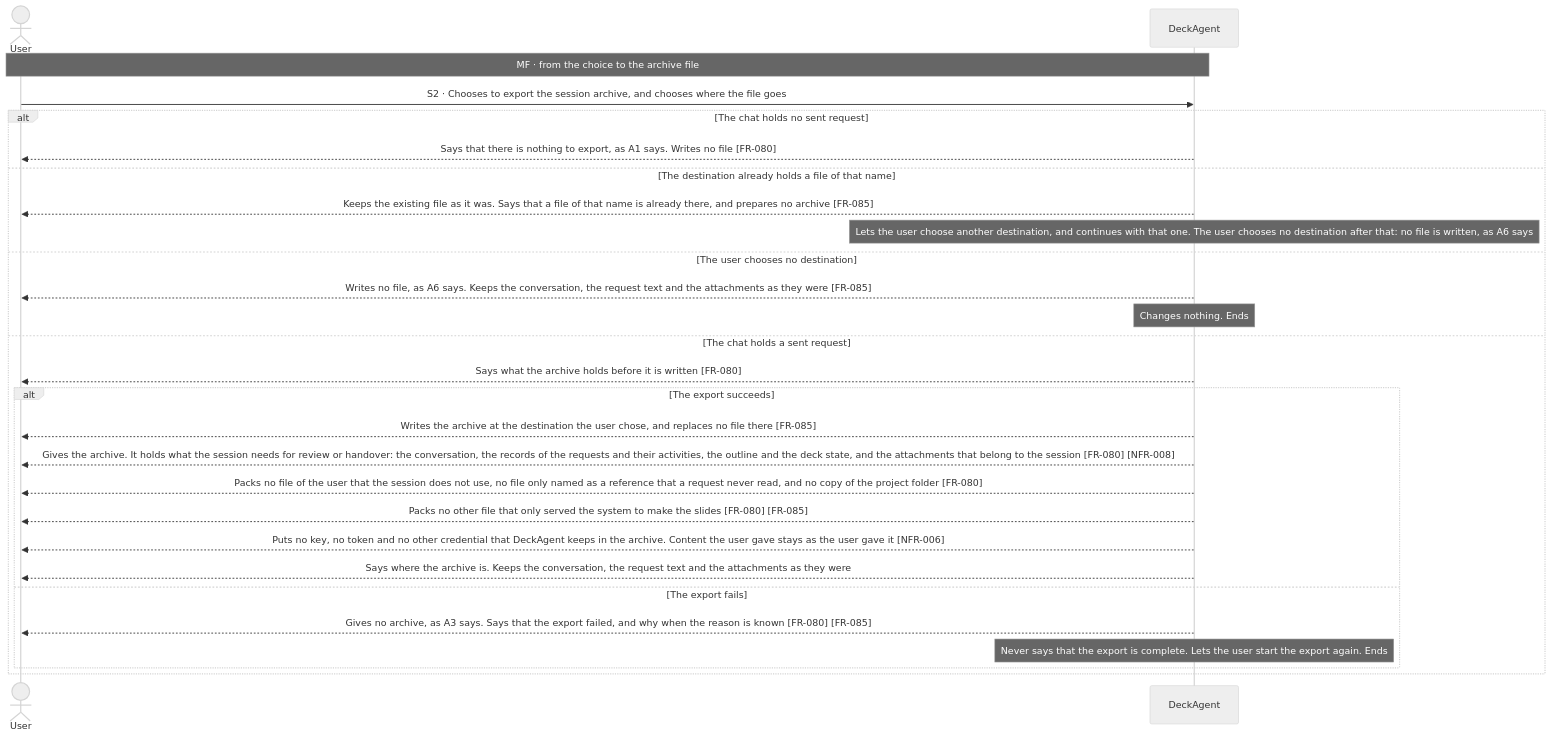
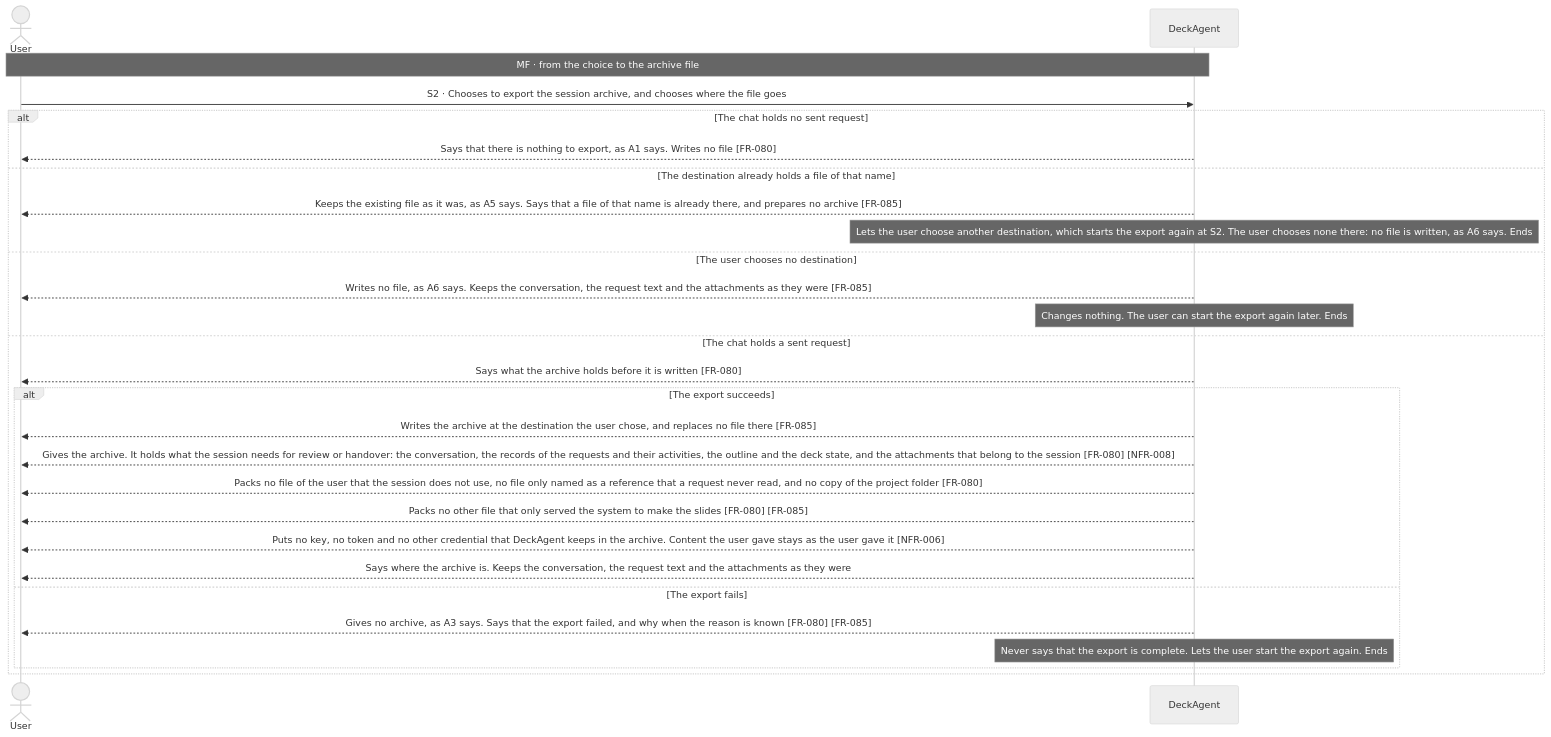
Before and after one commit to Luke23127006/DeckAgent: the second of 2 diagrams in docs/spec/03-use-cases/UC-016.md, drawn with Mermaid (neutral theme). The commit also changed other lines of this file and 5 other files, not shown here.

````diff
--- a/docs/spec/03-use-cases/UC-016.md
+++ b/docs/spec/03-use-cases/UC-016.md
@@ -72,29 +72,29 @@
 ```mermaid
 sequenceDiagram
     actor User
     participant DeckAgent
     Note over User,DeckAgent: MF · from the choice to the archive file
     User->>DeckAgent: S2 · Chooses to export the session archive, and chooses where the file goes
     alt The chat holds no sent request
         DeckAgent-->>User: Says that there is nothing to export, as A1 says. Writes no file [FR-080]
     else The destination already holds a file of that name
-        DeckAgent-->>User: Keeps the existing file as it was. Says that a file of that name is already there, and prepares no archive [FR-085]
-        note over DeckAgent: Lets the user choose another destination, and continues with that one. The user chooses no destination after that: no file is written, as A6 says
+        DeckAgent-->>User: Keeps the existing file as it was, as A5 says. Says that a file of that name is already there, and prepares no archive [FR-085]
+        note over DeckAgent: Lets the user choose another destination, which starts the export again at S2. The user chooses none there: no file is written, as A6 says. Ends
     else The user chooses no destination
         DeckAgent-->>User: Writes no file, as A6 says. Keeps the conversation, the request text and the attachments as they were [FR-085]
-        note over DeckAgent: Changes nothing. Ends
+        note over DeckAgent: Changes nothing. The user can start the export again later. Ends
     else The chat holds a sent request
         DeckAgent-->>User: Says what the archive holds before it is written [FR-080]
         alt The export succeeds
             DeckAgent-->>User: Writes the archive at the destination the user chose, and replaces no file there [FR-085]
             DeckAgent-->>User: Gives the archive. It holds what the session needs for review or handover: the conversation, the records of the requests and their activities, the outline and the deck state, and the attachments that belong to the session [FR-080] [NFR-008]
             DeckAgent-->>User: Packs no file of the user that the session does not use, no file only named as a reference that a request never read, and no copy of the project folder [FR-080]
             DeckAgent-->>User: Packs no other file that only served the system to make the slides [FR-080] [FR-085]
             DeckAgent-->>User: Puts no key, no token and no other credential that DeckAgent keeps in the archive. Content the user gave stays as the user gave it [NFR-006]
             DeckAgent-->>User: Says where the archive is. Keeps the conversation, the request text and the attachments as they were
         else The export fails
             DeckAgent-->>User: Gives no archive, as A3 says. Says that the export failed, and why when the reason is known [FR-080] [FR-085]
             note over DeckAgent: Never says that the export is complete. Lets the user start the export again. Ends
         end
     end
 ```
````
